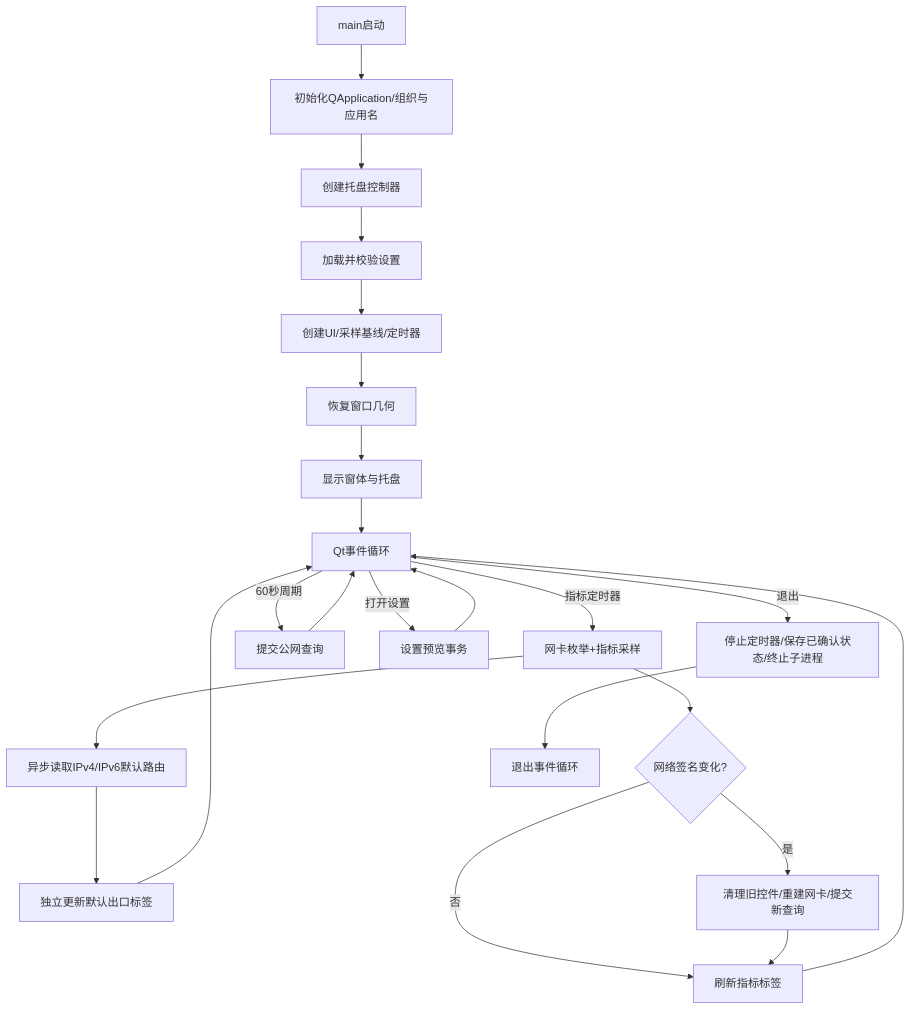
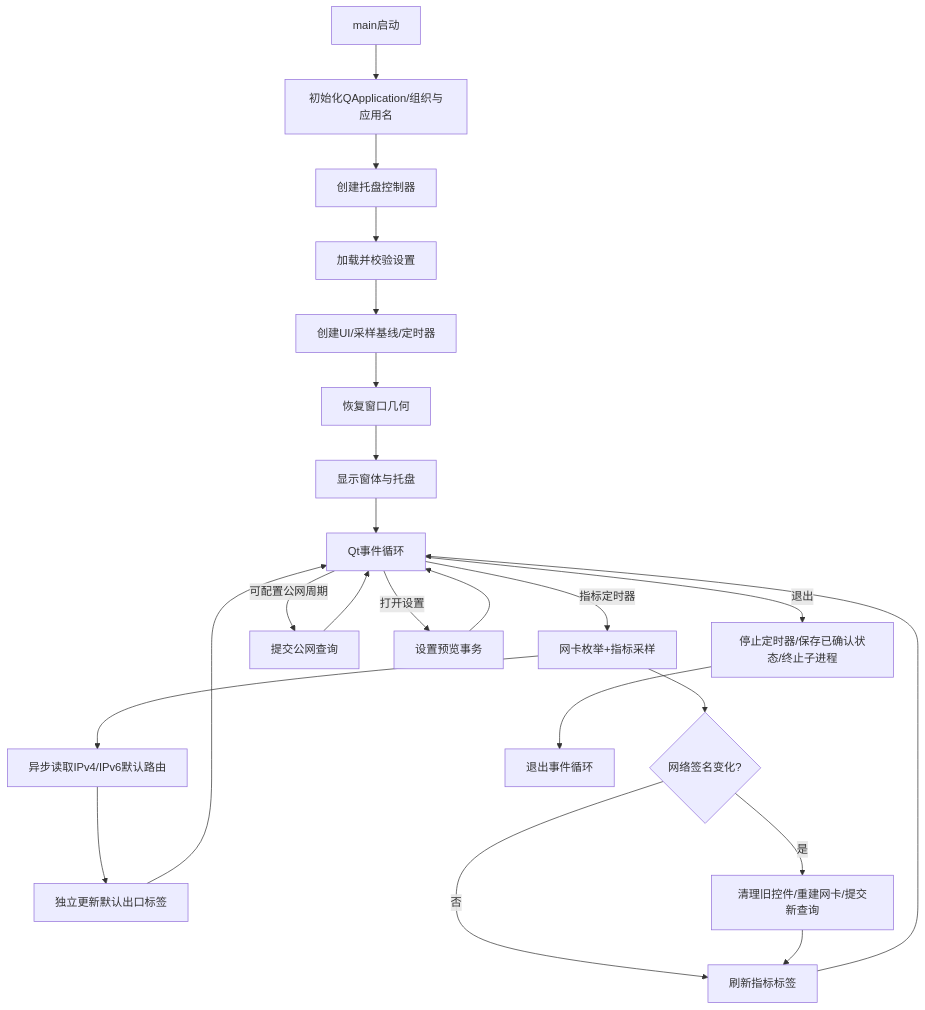
One commit to acbiong/ip_monitor_widget changed the second of 5 diagrams in docs/SOFTWARE_INTERFACE.md. Above: the diagram before and after it, drawn with Mermaid. The commit also changed other lines of this file and 16 other files, not shown here.

````diff
--- a/docs/SOFTWARE_INTERFACE.md
+++ b/docs/SOFTWARE_INTERFACE.md
@@ -113,25 +113,25 @@
 ```mermaid
 flowchart TD
     Start[main启动] --> App[初始化QApplication/组织与应用名]
     App --> Controller[创建托盘控制器]
     Controller --> Load[加载并校验设置]
     Load --> UI[创建UI/采样基线/定时器]
     UI --> Geo[恢复窗口几何]
     Geo --> Show[显示窗体与托盘]
     Show --> Loop[Qt事件循环]
     Loop -->|指标定时器| Sample[网卡枚举+指标采样]
     Sample --> Route[异步读取IPv4/IPv6默认路由]
     Route --> RouteUI[独立更新默认出口标签]
     RouteUI --> Loop
     Sample --> Changed{网络签名变化?}
     Changed -->|是| Rebuild[清理旧控件/重建网卡/提交新查询]
     Changed -->|否| Render[刷新指标标签]
     Rebuild --> Render
     Render --> Loop
-    Loop -->|60秒周期| Public[提交公网查询]
+    Loop -->|可配置公网周期| Public[提交公网查询]
     Public --> Loop
     Loop -->|打开设置| Settings[设置预览事务]
     Settings --> Loop
     Loop -->|退出| Stop[停止定时器/保存已确认状态/终止子进程]
     Stop --> End[退出事件循环]
 ```
````
